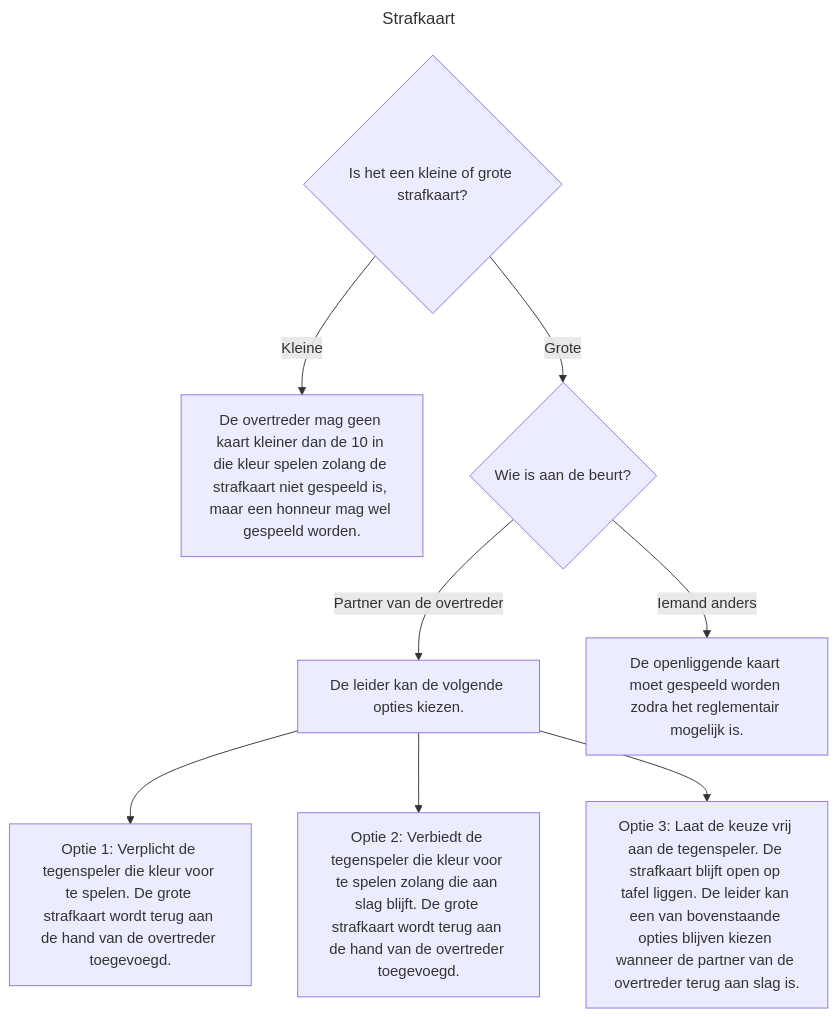
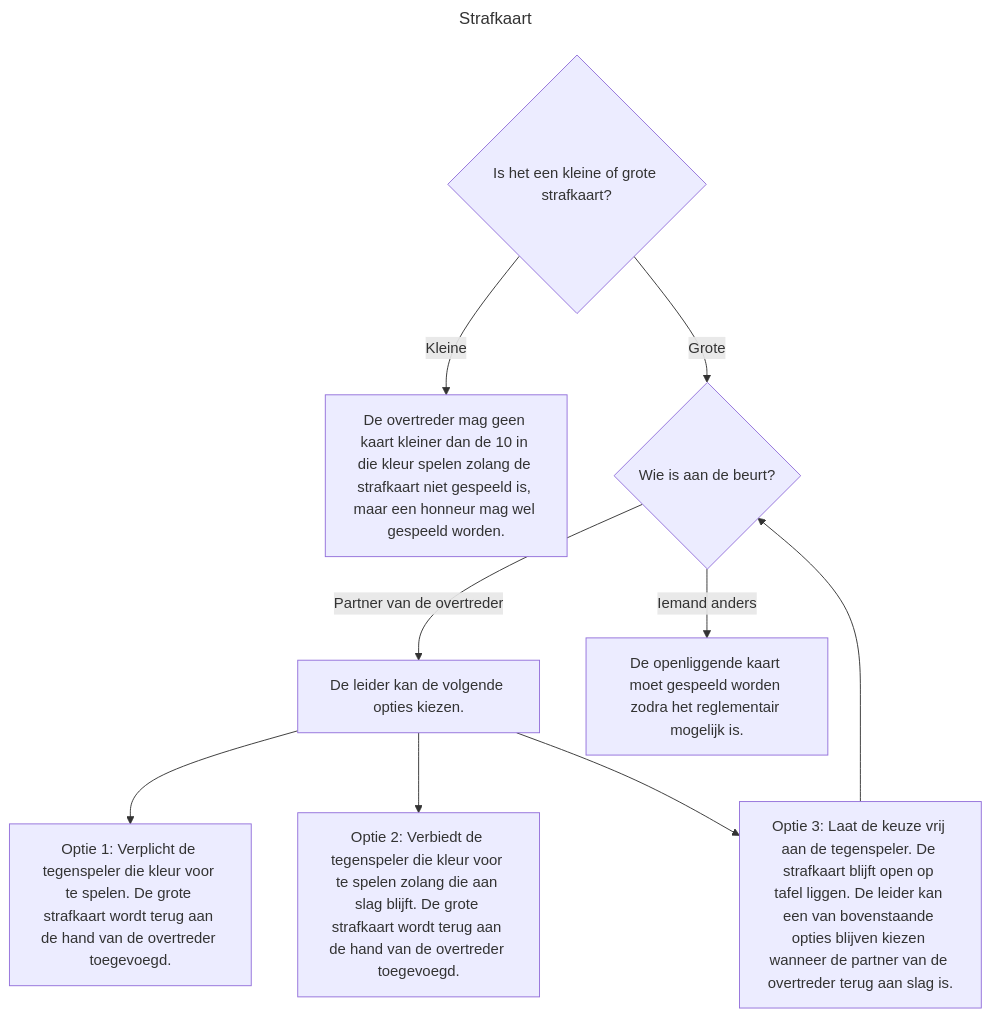
The diagram in strafkaart.md (tcorneli/CTL-instructies), drawn with Mermaid before and after one commit.

Commit message:
Fix formatting of option 3 in strafkaart.md

````diff
--- a/strafkaart.md
+++ b/strafkaart.md
@@ -1,14 +1,14 @@
 ```mermaid
 ---
 title: Strafkaart
 ---
 graph TD
     A{Is het een kleine of grote strafkaart?}
     A -->|Kleine| B[De overtreder mag geen kaart kleiner dan de 10 in die kleur spelen zolang de strafkaart niet gespeeld is, maar een honneur mag wel gespeeld worden.]
     A -->|Grote| D{Wie is aan de beurt?}
     D -->|Partner van de overtreder| F[De leider kan de volgende opties kiezen.]
     D -->|Iemand anders| E[De openliggende kaart moet gespeeld worden zodra het reglementair mogelijk is.]
     F --> G[Optie 1: Verplicht de tegenspeler die kleur voor te spelen. De grote strafkaart wordt terug aan de hand van de overtreder toegevoegd.]
     F --> H[Optie 2: Verbiedt de tegenspeler die kleur voor te spelen zolang die aan slag blijft. De grote strafkaart wordt terug aan de hand van de overtreder toegevoegd.]
-    F --> I[Optie 3: Laat de keuze vrij aan de tegenspeler. De strafkaart blijft open op tafel liggen. De leider kan een van bovenstaande opties blijven kiezen wanneer de partner van de overtreder terug aan slag is.]
+    F --> I[Optie 3: Laat de keuze vrij aan de tegenspeler. De strafkaart blijft open op tafel liggen. De leider kan een van bovenstaande opties blijven kiezen wanneer de partner van de overtreder terug aan slag is.] -->D
 ```
````
